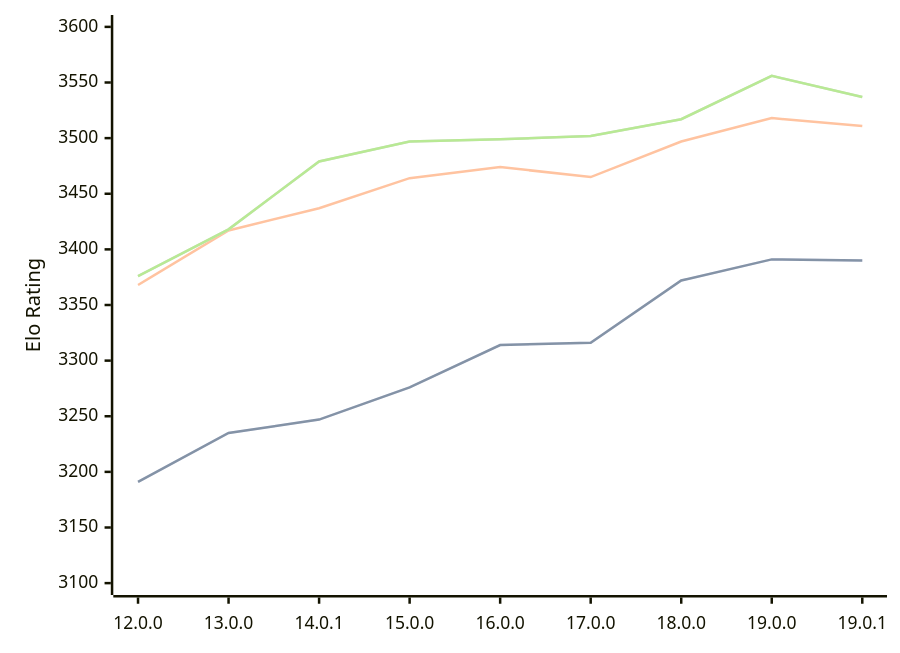
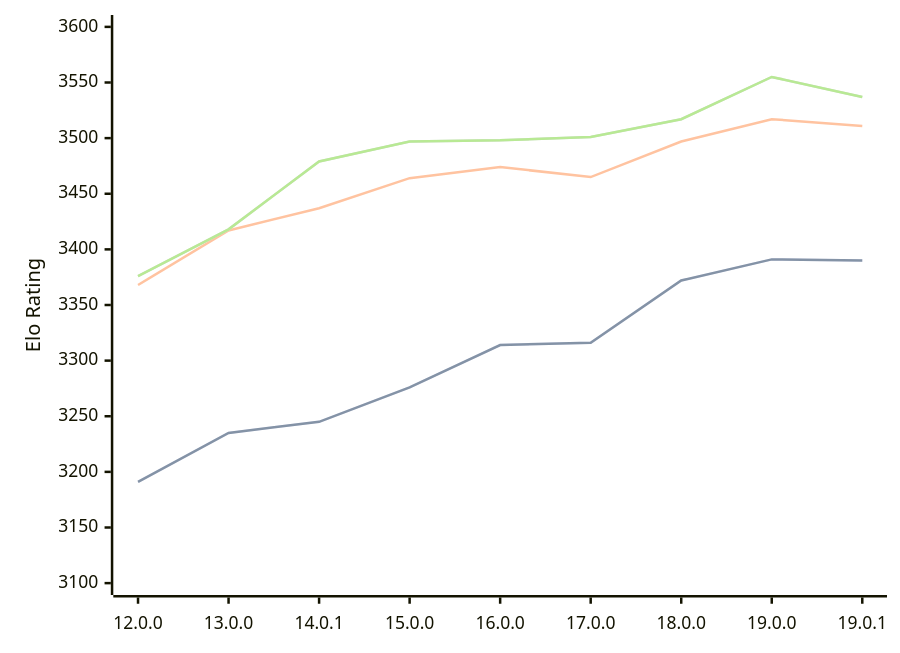
The third of 3 diagrams in engines/Viridithas.md (computer-chess-index/cci), drawn with Mermaid before and after one commit. The commit also changed other lines of this file, not shown here.

Commit message:
Update CCI Ratings (ELO VLTC) - 2026-06-17

````diff
--- a/engines/Viridithas.md
+++ b/engines/Viridithas.md
@@ -96,11 +96,11 @@
 ```mermaid
 %%{init: {"theme":"base","themeVariables":{"seriesColors:['#a3a3a3','#222221','#faa371']}}}%%
 xychart-beta
   x-axis ["12.0.0", "13.0.0", "14.0.1", "15.0.0", "16.0.0", "17.0.0", "18.0.0", "19.0.0", "19.0.1"]
   y-axis "Elo Rating" 3100 --> 3600
-  line "STC (8.0+0.08s)" [3191, 3235, 3247, 3276, 3314, 3316, 3372, 3391, 3390]
-  line "STC (8.0+0.08s)" [3191, 3235, 3247, 3276, 3314, 3316, 3372, 3391, 3390]
-  line "LTC (60.0+0.60s)" [3368, 3417, 3437, 3464, 3474, 3465, 3497, 3518, 3511]
-  line "VLTC (2m24s+1.12s)" [3376, 3418, 3479, 3497, 3499, 3502, 3517, 3556, 3537]
-  line "VLTC (2m24s+1.12s)" [3376, 3418, 3479, 3497, 3499, 3502, 3517, 3556, 3537]
+  line "STC (8.0+0.08s)" [3191, 3235, 3245, 3276, 3314, 3316, 3372, 3391, 3390]
+  line "STC (8.0+0.08s)" [3191, 3235, 3245, 3276, 3314, 3316, 3372, 3391, 3390]
+  line "LTC (60.0+0.60s)" [3368, 3417, 3437, 3464, 3474, 3465, 3497, 3517, 3511]
+  line "VLTC (2m24s+1.12s)" [3376, 3418, 3479, 3497, 3498, 3501, 3517, 3555, 3537]
+  line "VLTC (2m24s+1.12s)" [3376, 3418, 3479, 3497, 3498, 3501, 3517, 3555, 3537]
 ```
````
